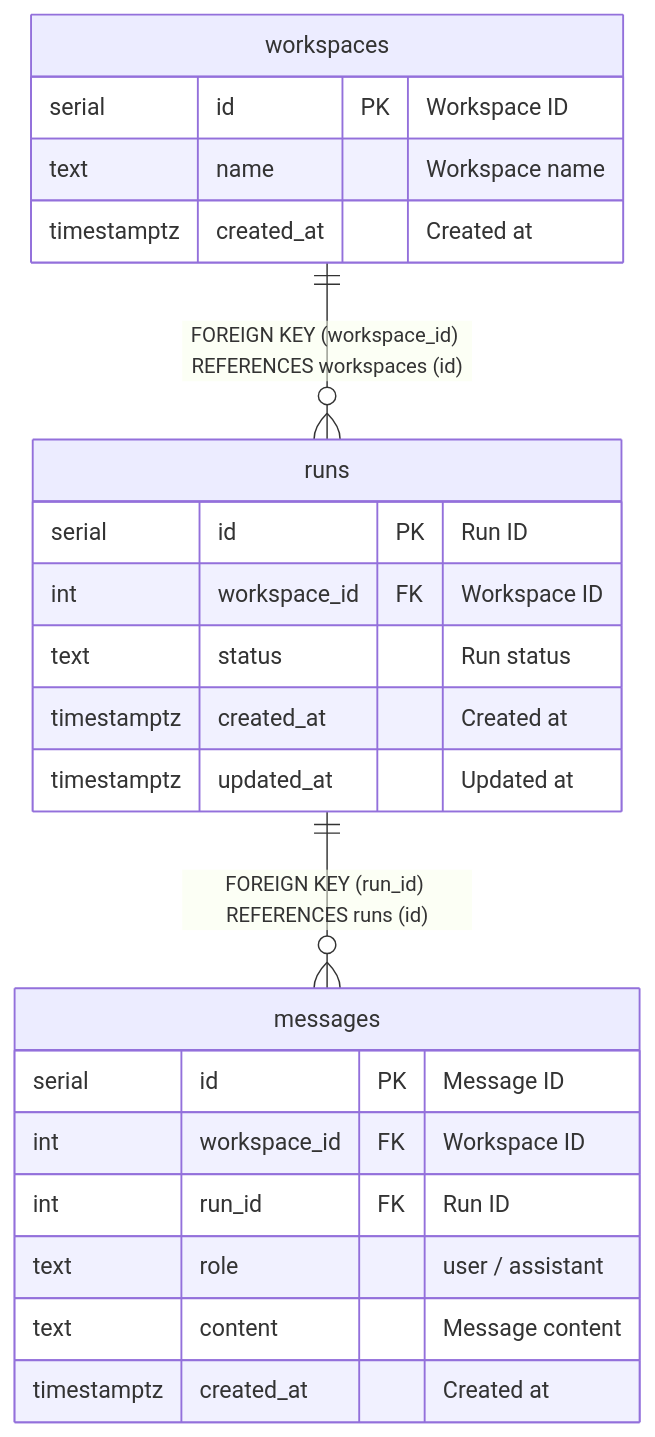
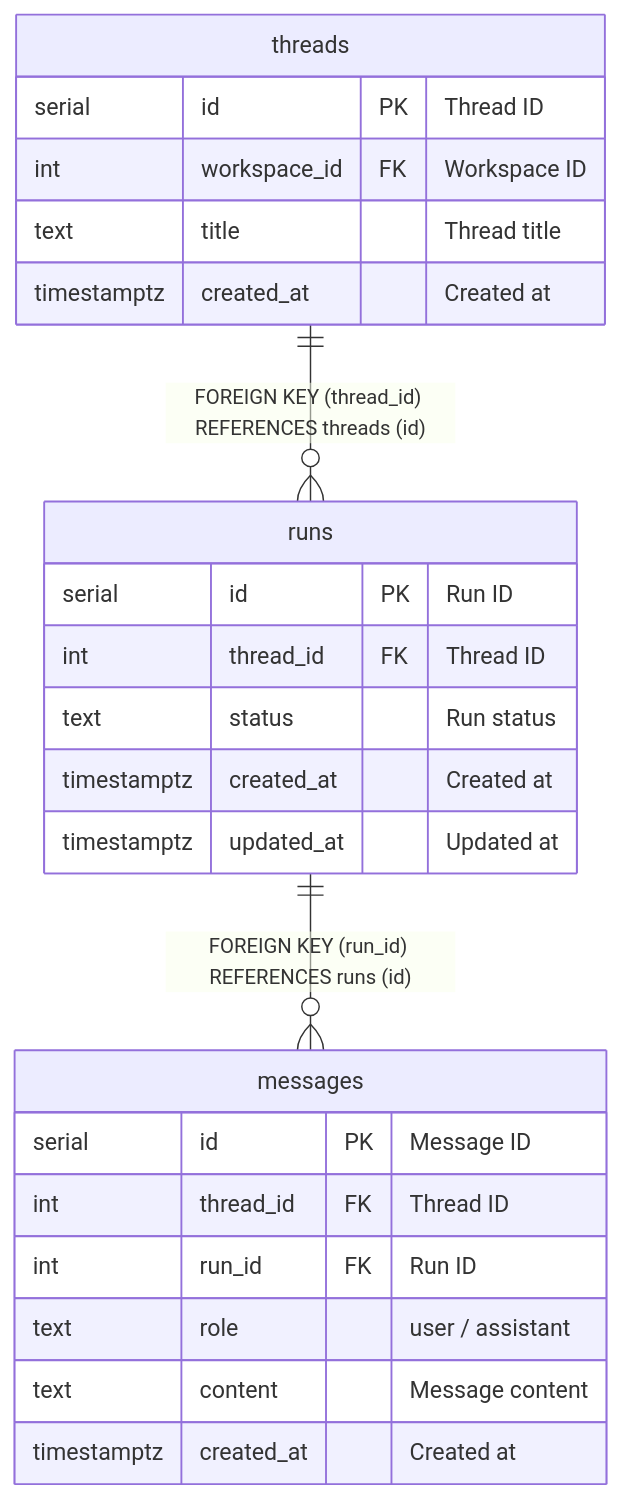
One commit to k-kanke/ai-workspace-platform changed the diagram in docs/schema/runs.md. Above: the diagram before and after it, drawn with Mermaid. The commit also changed other lines of this file and 5 other files, not shown here.

````diff
--- a/docs/schema/runs.md
+++ b/docs/schema/runs.md
@@ -47,27 +47,28 @@
 ```mermaid
 erDiagram
 
-"workspaces" ||--o{ "runs" : "FOREIGN KEY (workspace_id) REFERENCES workspaces (id)"
+"threads" ||--o{ "runs" : "FOREIGN KEY (thread_id) REFERENCES threads (id)"
 "runs" ||--o{ "messages" : "FOREIGN KEY (run_id) REFERENCES runs (id)"
 
 "runs" {
   serial id PK "Run ID"
-  int workspace_id FK "Workspace ID"
+  int thread_id FK "Thread ID"
   text status "Run status"
   timestamptz created_at "Created at"
   timestamptz updated_at "Updated at"
 }
-"workspaces" {
-  serial id PK "Workspace ID"
-  text name "Workspace name"
+"threads" {
+  serial id PK "Thread ID"
+  int workspace_id FK "Workspace ID"
+  text title "Thread title"
   timestamptz created_at "Created at"
 }
 "messages" {
   serial id PK "Message ID"
-  int workspace_id FK "Workspace ID"
+  int thread_id FK "Thread ID"
   int run_id FK "Run ID"
   text role "user / assistant"
   text content "Message content"
   timestamptz created_at "Created at"
 }
 ```
````
